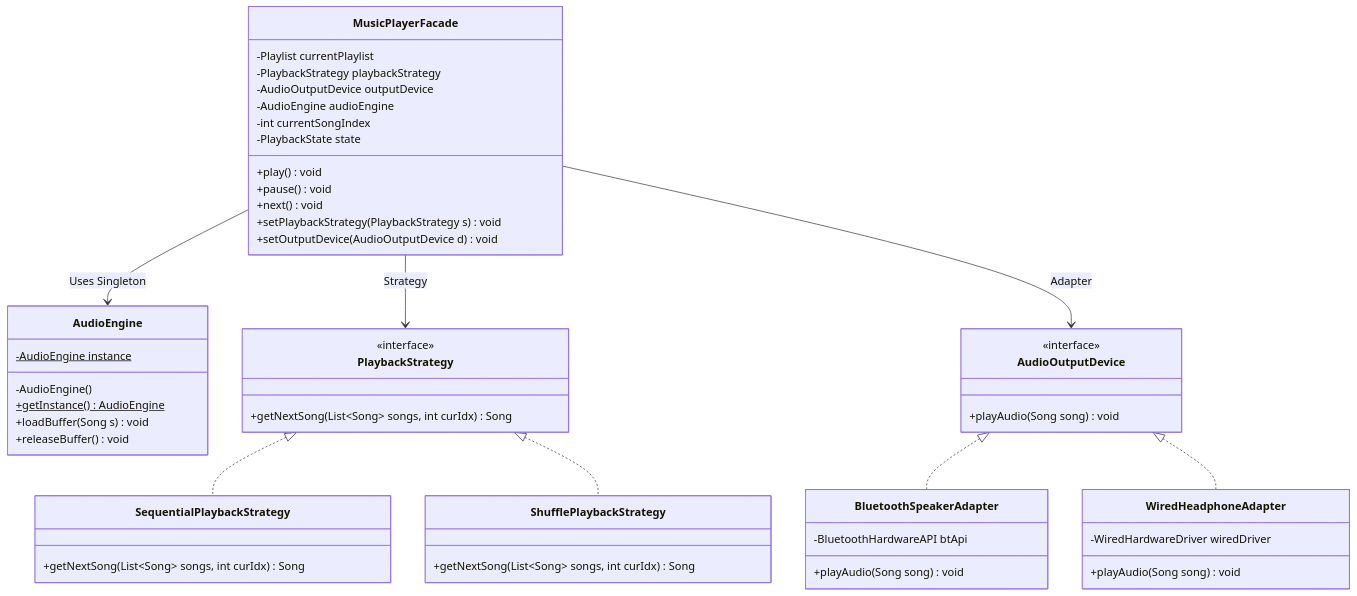
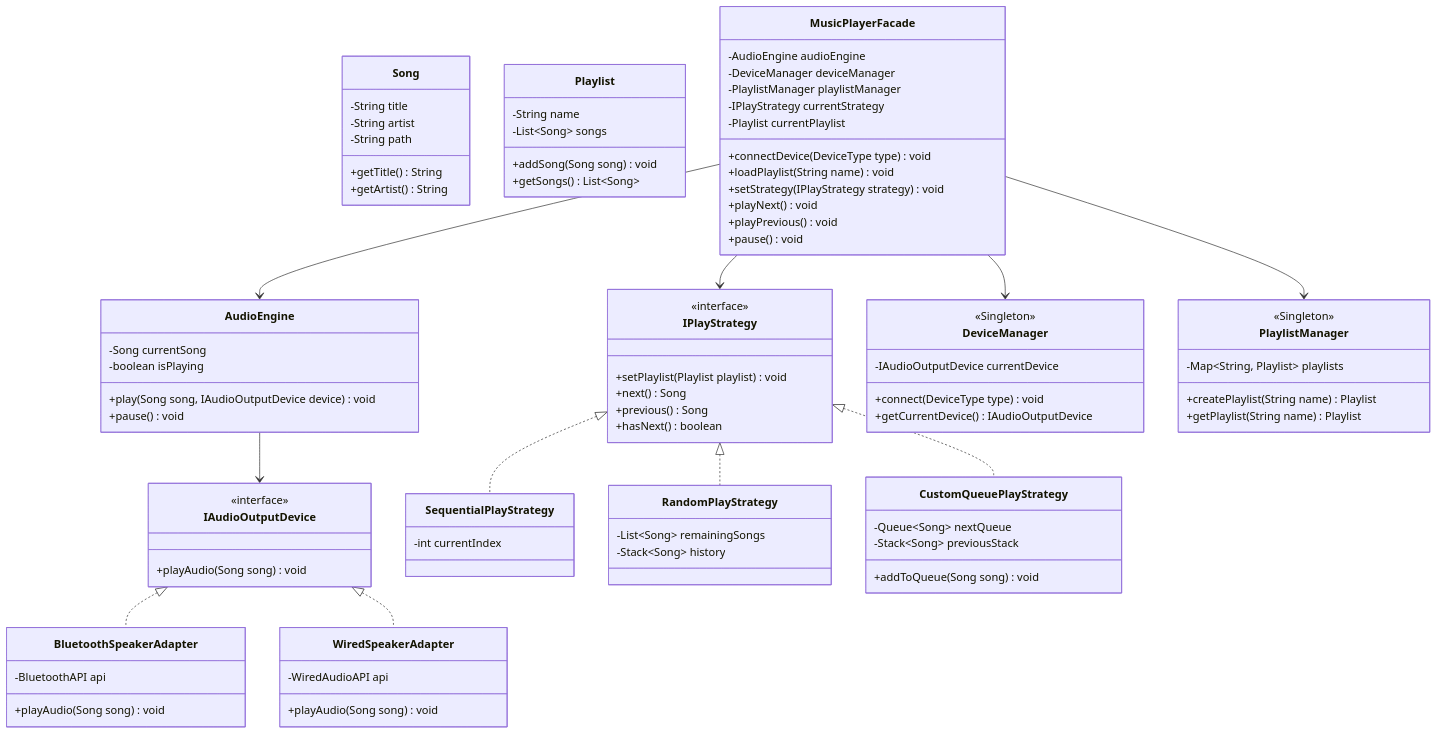
Before and after one commit to rohithgowda18/Notes: the diagram in 04-OOPs-and-Design-Patterns/04-LLD-Case-Studies/18-Build-Spotify-Music-Player-App.md, drawn with Mermaid. The commit also changed other lines of this file and 39 other files, not shown here.

````diff
--- a/04-OOPs-and-Design-Patterns/04-LLD-Case-Studies/18-Build-Spotify-Music-Player-App.md
+++ b/04-OOPs-and-Design-Patterns/04-LLD-Case-Studies/18-Build-Spotify-Music-Player-App.md
@@ -108,60 +63,101 @@
 ```mermaid
 classDiagram
-    class MusicPlayerFacade {
-        -Playlist currentPlaylist
-        -PlaybackStrategy playbackStrategy
-        -AudioOutputDevice outputDevice
-        -AudioEngine audioEngine
-        -int currentSongIndex
-        -PlaybackState state
-        +play() void
-        +pause() void
-        +next() void
-        +setPlaybackStrategy(PlaybackStrategy s) void
-        +setOutputDevice(AudioOutputDevice d) void
+    class Song {
+        -String title
+        -String artist
+        -String path
+        +getTitle() String
+        +getArtist() String
     }
 
-    class AudioEngine {
-        -AudioEngine instance$
-        -AudioEngine()
-        +getInstance()$ AudioEngine
-        +loadBuffer(Song s) void
-        +releaseBuffer() void
-    }
-
-    class PlaybackStrategy {
-        <<interface>>
-        +getNextSong(List~Song~ songs, int curIdx) Song
-    }
-
-    class SequentialPlaybackStrategy {
-        +getNextSong(List~Song~ songs, int curIdx) Song
-    }
-
-    class ShufflePlaybackStrategy {
-        +getNextSong(List~Song~ songs, int curIdx) Song
-    }
-
-    class AudioOutputDevice {
+    class IAudioOutputDevice {
         <<interface>>
         +playAudio(Song song) void
     }
 
     class BluetoothSpeakerAdapter {
-        -BluetoothHardwareAPI btApi
+        -BluetoothAPI api
         +playAudio(Song song) void
     }
 
-    class WiredHeadphoneAdapter {
-        -WiredHardwareDriver wiredDriver
+    class WiredSpeakerAdapter {
+        -WiredAudioAPI api
         +playAudio(Song song) void
     }
 
-    MusicPlayerFacade --> AudioEngine : Uses Singleton
-    MusicPlayerFacade --> PlaybackStrategy : Strategy
-    MusicPlayerFacade --> AudioOutputDevice : Adapter
-    PlaybackStrategy <|.. SequentialPlaybackStrategy
-    PlaybackStrategy <|.. ShufflePlaybackStrategy
-    AudioOutputDevice <|.. BluetoothSpeakerAdapter
-    AudioOutputDevice <|.. WiredHeadphoneAdapter
+    class AudioEngine {
+        -Song currentSong
+        -boolean isPlaying
+        +play(Song song, IAudioOutputDevice device) void
+        +pause() void
+    }
+
+    class IPlayStrategy {
+        <<interface>>
+        +setPlaylist(Playlist playlist) void
+        +next() Song
+        +previous() Song
+        +hasNext() boolean
+    }
+
+    class SequentialPlayStrategy {
+        -int currentIndex
+    }
+
+    class RandomPlayStrategy {
+        -List~Song~ remainingSongs
+        -Stack~Song~ history
+    }
+
+    class CustomQueuePlayStrategy {
+        -Queue~Song~ nextQueue
+        -Stack~Song~ previousStack
+        +addToQueue(Song song) void
+    }
+
+    class Playlist {
+        -String name
+        -List~Song~ songs
+        +addSong(Song song) void
+        +getSongs() List~Song~
+    }
+
+    class DeviceManager {
+        <<Singleton>>
+        -IAudioOutputDevice currentDevice
+        +connect(DeviceType type) void
+        +getCurrentDevice() IAudioOutputDevice
+    }
+
+    class PlaylistManager {
+        <<Singleton>>
+        -Map~String, Playlist~ playlists
+        +createPlaylist(String name) Playlist
+        +getPlaylist(String name) Playlist
+    }
+
+    class MusicPlayerFacade {
+        -AudioEngine audioEngine
+        -DeviceManager deviceManager
+        -PlaylistManager playlistManager
+        -IPlayStrategy currentStrategy
+        -Playlist currentPlaylist
+        +connectDevice(DeviceType type) void
+        +loadPlaylist(String name) void
+        +setStrategy(IPlayStrategy strategy) void
+        +playNext() void
+        +playPrevious() void
+        +pause() void
+    }
+
+    IAudioOutputDevice <|.. BluetoothSpeakerAdapter
+    IAudioOutputDevice <|.. WiredSpeakerAdapter
+    IPlayStrategy <|.. SequentialPlayStrategy
+    IPlayStrategy <|.. RandomPlayStrategy
+    IPlayStrategy <|.. CustomQueuePlayStrategy
+    MusicPlayerFacade --> AudioEngine
+    MusicPlayerFacade --> DeviceManager
+    MusicPlayerFacade --> PlaylistManager
+    MusicPlayerFacade --> IPlayStrategy
+    AudioEngine --> IAudioOutputDevice
 ```
````
